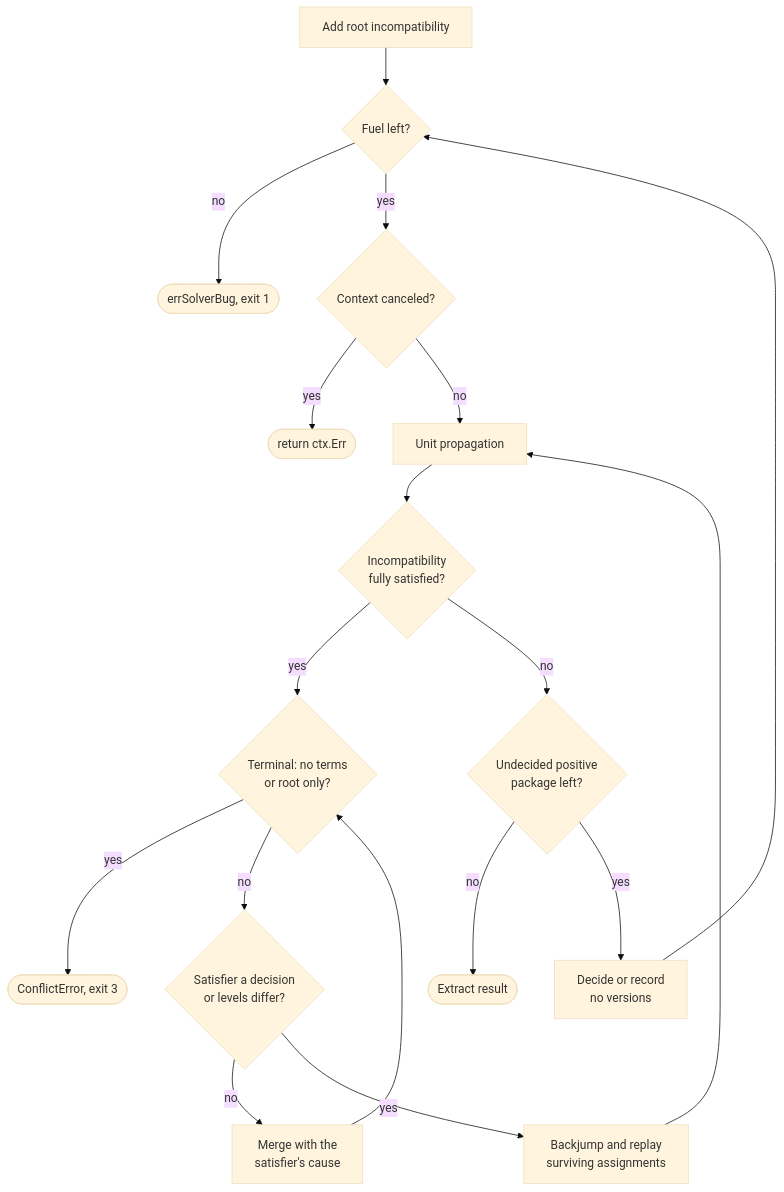
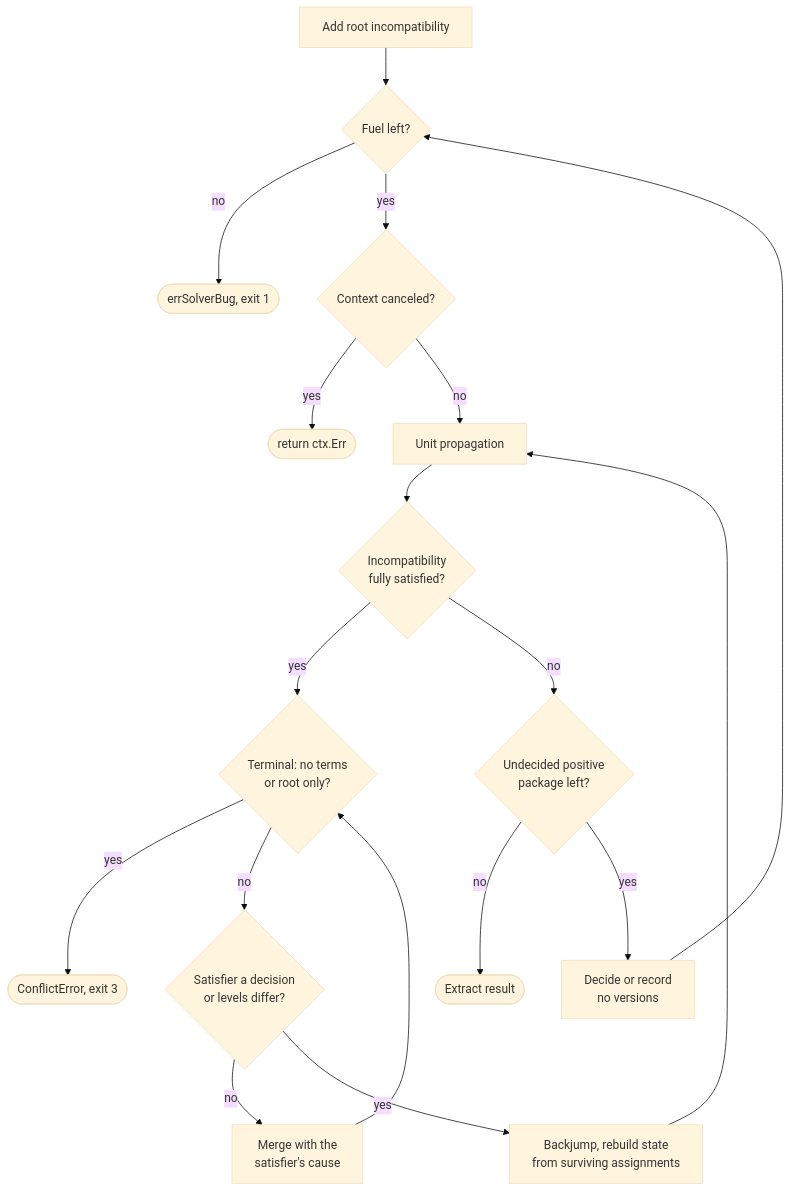
Before and after one commit to greeddj/go-galaxy: the diagram in docs/internals/solver.md, drawn with Mermaid (base theme). The commit also changed other lines of this file and 36 other files, not shown here.

````diff
--- a/docs/internals/solver.md
+++ b/docs/internals/solver.md
@@ -61,20 +37,20 @@
 ```mermaid
 flowchart TD
   S["Add root incompatibility"] --> F{"Fuel left?"}
   F -->|"no"| BUG(["errSolverBug, exit 1"])
   F -->|"yes"| C{"Context canceled?"}
   C -->|"yes"| CX(["return ctx.Err"])
   C -->|"no"| UP["Unit propagation"]
   UP --> SAT{"Incompatibility<br/>fully satisfied?"}
   SAT -->|"yes"| TERM{"Terminal: no terms<br/>or root only?"}
   TERM -->|"yes"| X3(["ConflictError, exit 3"])
   TERM -->|"no"| BJ{"Satisfier a decision<br/>or levels differ?"}
   BJ -->|"no"| MERGE["Merge with the<br/>satisfier's cause"]
   MERGE --> TERM
-  BJ -->|"yes"| BACK["Backjump and replay<br/>surviving assignments"]
+  BJ -->|"yes"| BACK["Backjump, rebuild state<br/>from surviving assignments"]
   BACK --> UP
   SAT -->|"no"| PICK{"Undecided positive<br/>package left?"}
   PICK -->|"no"| RES(["Extract result"])
   PICK -->|"yes"| DEC["Decide or record<br/>no versions"]
   DEC --> F
 ```
````
